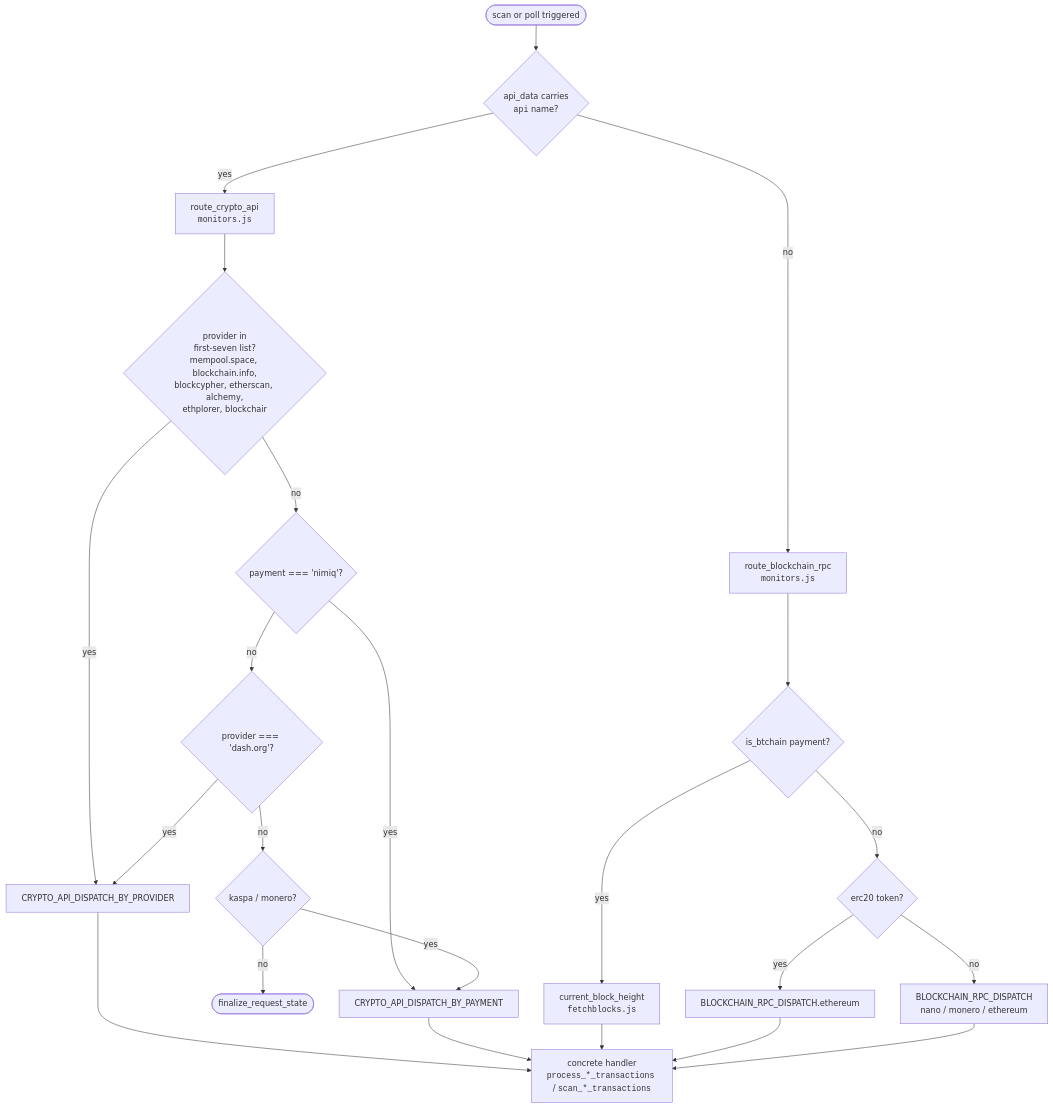
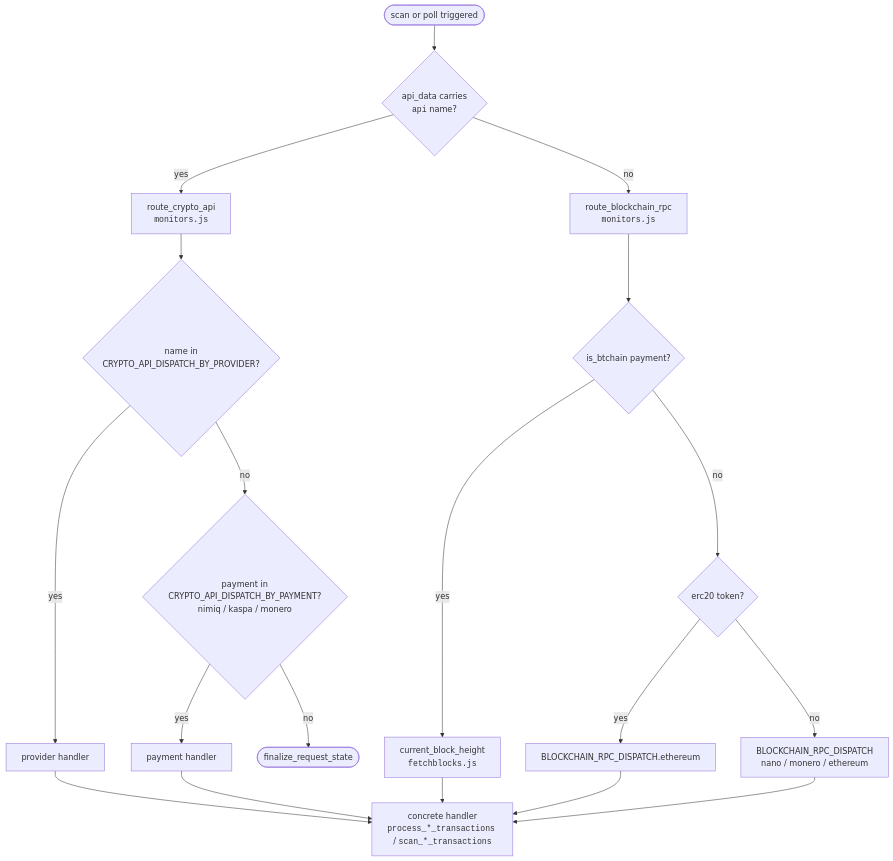
The second of 3 diagrams in docs/architecture.md (bitrequest/bitrequest.github.io), drawn with Mermaid before and after one commit. The commit also changed other lines of this file and 3 other files, not shown here.

````diff
--- a/docs/architecture.md
+++ b/docs/architecture.md
@@ -313,28 +327,24 @@
 ```mermaid
 flowchart TD
     Start([scan or poll triggered]) --> Q1{api_data carries<br/><code>api</code> name?}
     Q1 -- yes --> RCA[route_crypto_api<br/><code>monitors.js</code>]
     Q1 -- no --> RBR[route_blockchain_rpc<br/><code>monitors.js</code>]
 
-    RCA --> Q2{provider in<br/>first-seven list?<br/>mempool.space, blockchain.info,<br/>blockcypher, etherscan, alchemy,<br/>ethplorer, blockchair}
-    Q2 -- yes --> BP[CRYPTO_API_DISPATCH_BY_PROVIDER]
-    Q2 -- no --> Q3{payment === 'nimiq'?}
-    Q3 -- yes --> BPMT[CRYPTO_API_DISPATCH_BY_PAYMENT]
-    Q3 -- no --> Q4{provider === 'dash.org'?}
-    Q4 -- yes --> BP
-    Q4 -- no --> Q5{kaspa / monero?}
-    Q5 -- yes --> BPMT
-    Q5 -- no --> Done([finalize_request_state])
+    RCA --> L1{name in<br/>CRYPTO_API_DISPATCH_BY_PROVIDER?}
+    L1 -- yes --> BP[provider handler]
+    L1 -- no --> L2{payment in<br/>CRYPTO_API_DISPATCH_BY_PAYMENT?<br/>nimiq / kaspa / monero}
+    L2 -- yes --> BPMT[payment handler]
+    L2 -- no --> Done([finalize_request_state])
 
     RBR --> Q6{is_btchain payment?}
     Q6 -- yes --> CBH[current_block_height<br/><code>fetchblocks.js</code>]
     Q6 -- no --> Q7{erc20 token?}
     Q7 -- yes --> EthRPC[BLOCKCHAIN_RPC_DISPATCH.ethereum]
     Q7 -- no --> BRD[BLOCKCHAIN_RPC_DISPATCH<br/>nano / monero / ethereum]
 
     BP --> Handler[concrete handler<br/><code>process_*_transactions</code> / <code>scan_*_transactions</code>]
     BPMT --> Handler
     CBH --> Handler
     EthRPC --> Handler
     BRD --> Handler
 ```
````
